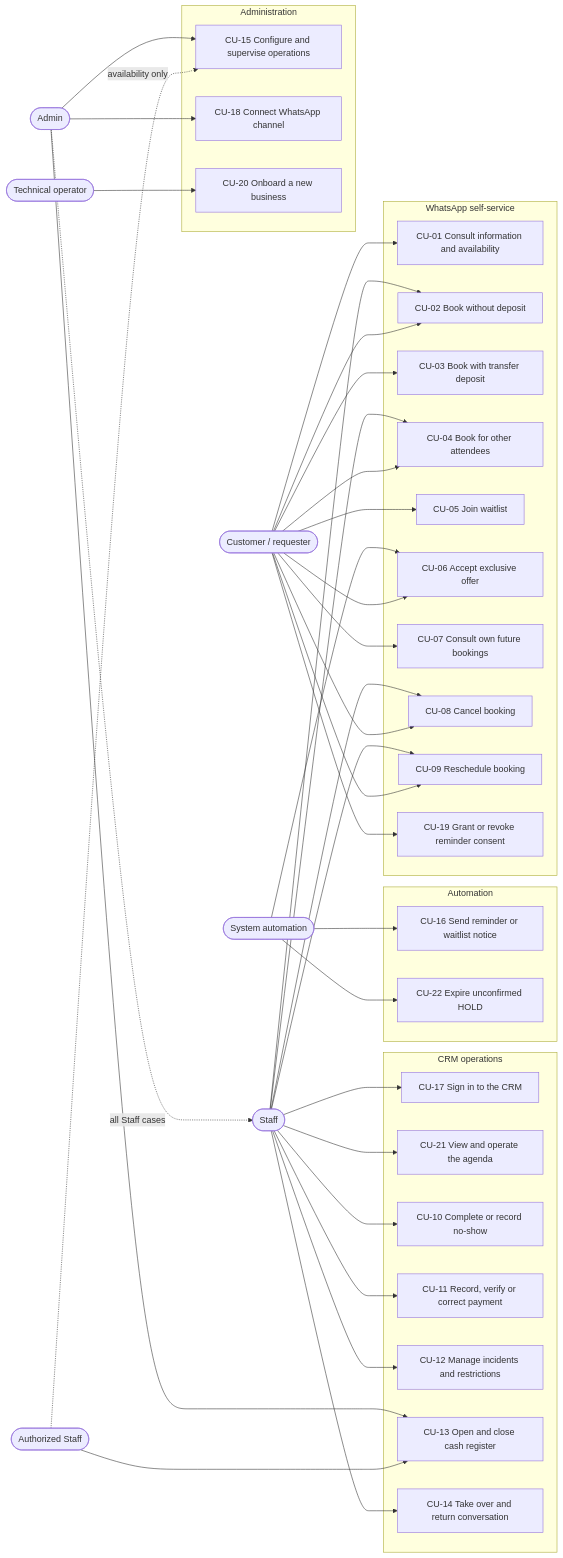
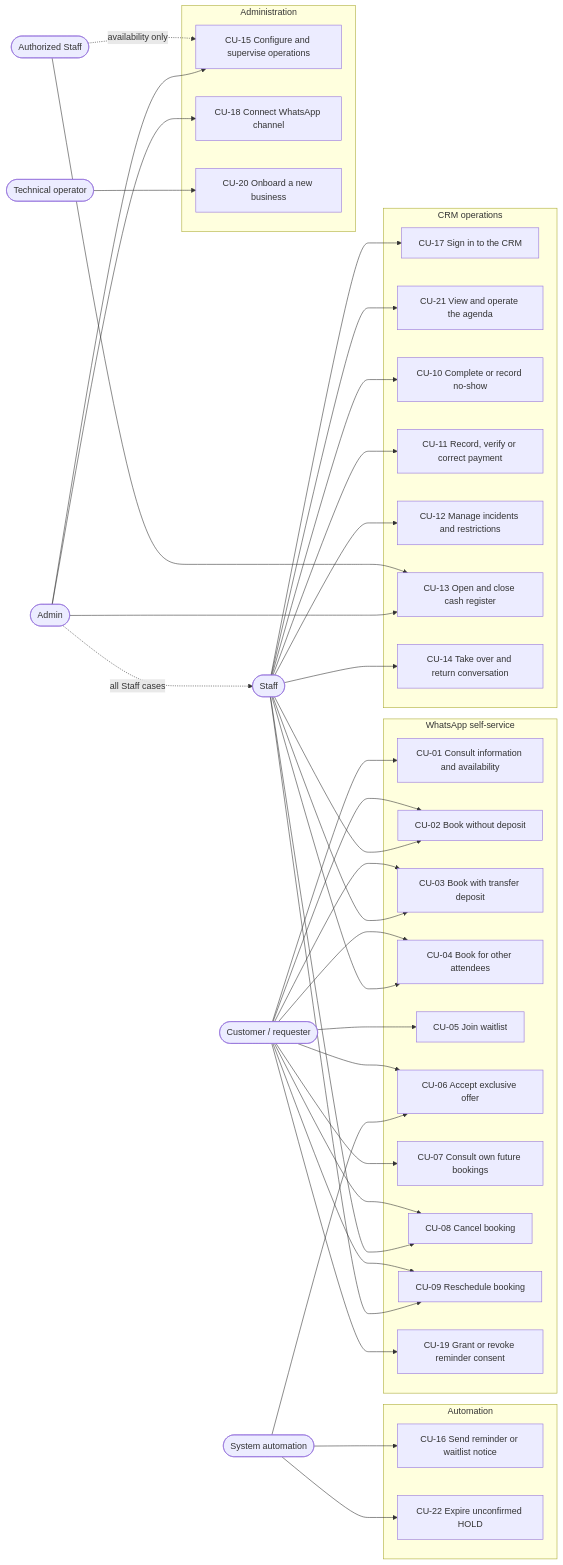
The first of 2 diagrams in docs/product-specs/uc-02/use-cases.md (nanonoir/Agendoxa), drawn with Mermaid before and after one commit. The commit also changed other lines of this file and 2 other files, not shown here.

````diff
--- a/docs/product-specs/uc-02/use-cases.md
+++ b/docs/product-specs/uc-02/use-cases.md
@@ -66,52 +66,52 @@
 ```mermaid
 flowchart LR
     CUS([Customer / requester])
     STF([Staff])
     AUT([Authorized Staff])
     ADM([Admin])
     OPR([Technical operator])
     SYS([System automation])
 
     subgraph SELF[WhatsApp self-service]
         CU01[CU-01 Consult information and availability]
         CU02[CU-02 Book without deposit]
         CU03[CU-03 Book with transfer deposit]
         CU04[CU-04 Book for other attendees]
         CU05[CU-05 Join waitlist]
         CU06[CU-06 Accept exclusive offer]
         CU07[CU-07 Consult own future bookings]
         CU08[CU-08 Cancel booking]
         CU09[CU-09 Reschedule booking]
         CU19[CU-19 Grant or revoke reminder consent]
     end
 
     subgraph OPS[CRM operations]
         CU17[CU-17 Sign in to the CRM]
         CU21[CU-21 View and operate the agenda]
         CU10[CU-10 Complete or record no-show]
         CU11[CU-11 Record, verify or correct payment]
         CU12[CU-12 Manage incidents and restrictions]
         CU13[CU-13 Open and close cash register]
         CU14[CU-14 Take over and return conversation]
     end
 
     subgraph ADMIN[Administration]
         CU15[CU-15 Configure and supervise operations]
         CU18[CU-18 Connect WhatsApp channel]
         CU20[CU-20 Onboard a new business]
     end
 
     subgraph AUTO[Automation]
         CU16[CU-16 Send reminder or waitlist notice]
         CU22[CU-22 Expire unconfirmed HOLD]
     end
 
     CUS --> CU01 & CU02 & CU03 & CU04 & CU05 & CU06 & CU07 & CU08 & CU09 & CU19
-    STF --> CU17 & CU21 & CU02 & CU04 & CU08 & CU09 & CU10 & CU11 & CU12 & CU14
+    STF --> CU17 & CU21 & CU02 & CU03 & CU04 & CU08 & CU09 & CU10 & CU11 & CU12 & CU14
     AUT --> CU13
     AUT -.->|availability only| CU15
     ADM --> CU13 & CU15 & CU18
     ADM -.->|all Staff cases| STF
     OPR --> CU20
     SYS --> CU06 & CU16 & CU22
 ```
````
